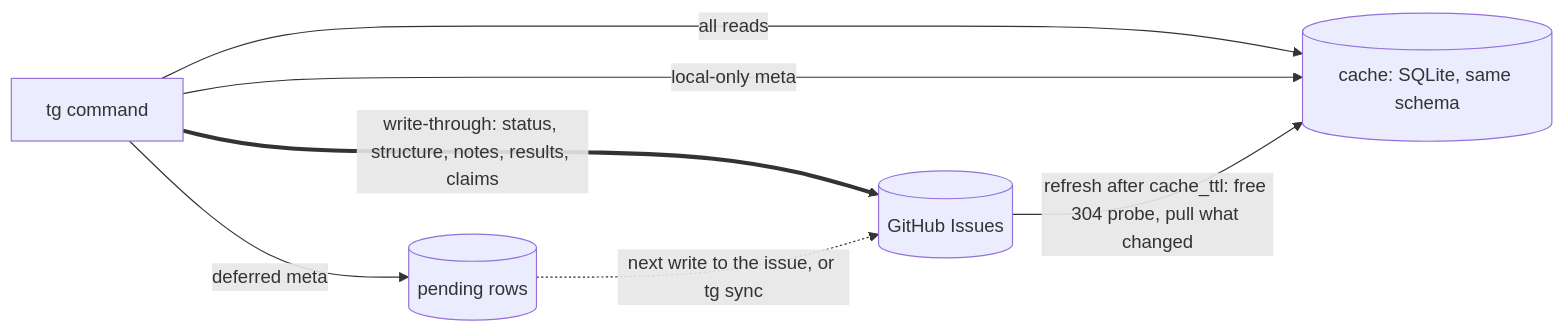
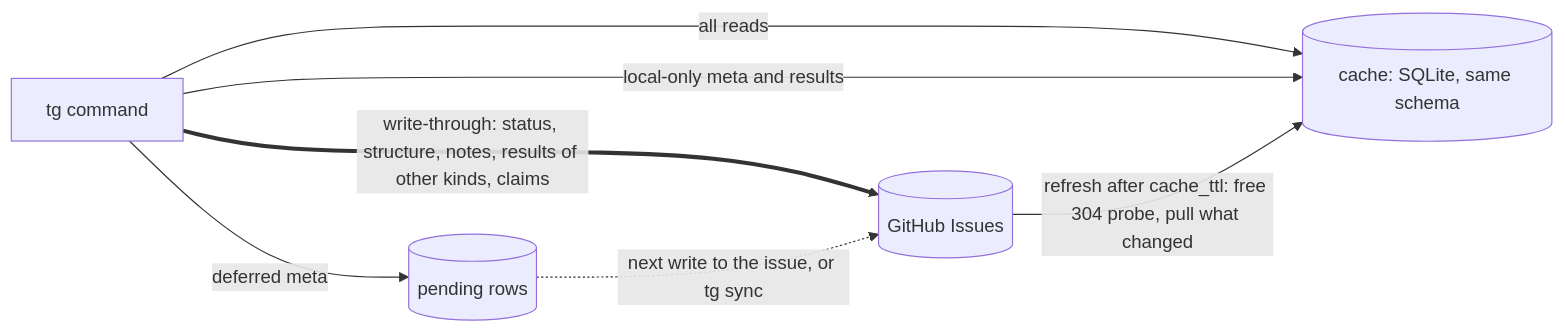
One commit to ronicayu/ronica-skills changed the first of 2 diagrams in plugins/taskgraph/skills/taskgraph/references/cli.md. Above: the diagram before and after it, drawn with Mermaid. The commit also changed other lines of this file and 2 other files, not shown here.

Commit message:
taskgraph 1.21.0: document local result kinds

````diff
--- a/plugins/taskgraph/skills/taskgraph/references/cli.md
+++ b/plugins/taskgraph/skills/taskgraph/references/cli.md
@@ -95,9 +98,9 @@
 ```mermaid
 flowchart LR
   TG["tg command"] -->|"all reads"| C[("cache: SQLite, same schema")]
-  TG ==>|"write-through: status, structure, notes, results, claims"| GH[("GitHub Issues")]
-  TG -->|"local-only meta"| C
+  TG ==>|"write-through: status, structure, notes, results of other kinds, claims"| GH[("GitHub Issues")]
   TG -->|"deferred meta"| PM[("pending rows")]
+  TG -->|"local-only meta and results"| C
   GH -->|"refresh after cache_ttl: free 304 probe, pull what changed"| C
   PM -.->|"next write to the issue, or tg sync"| GH
 ```
````
